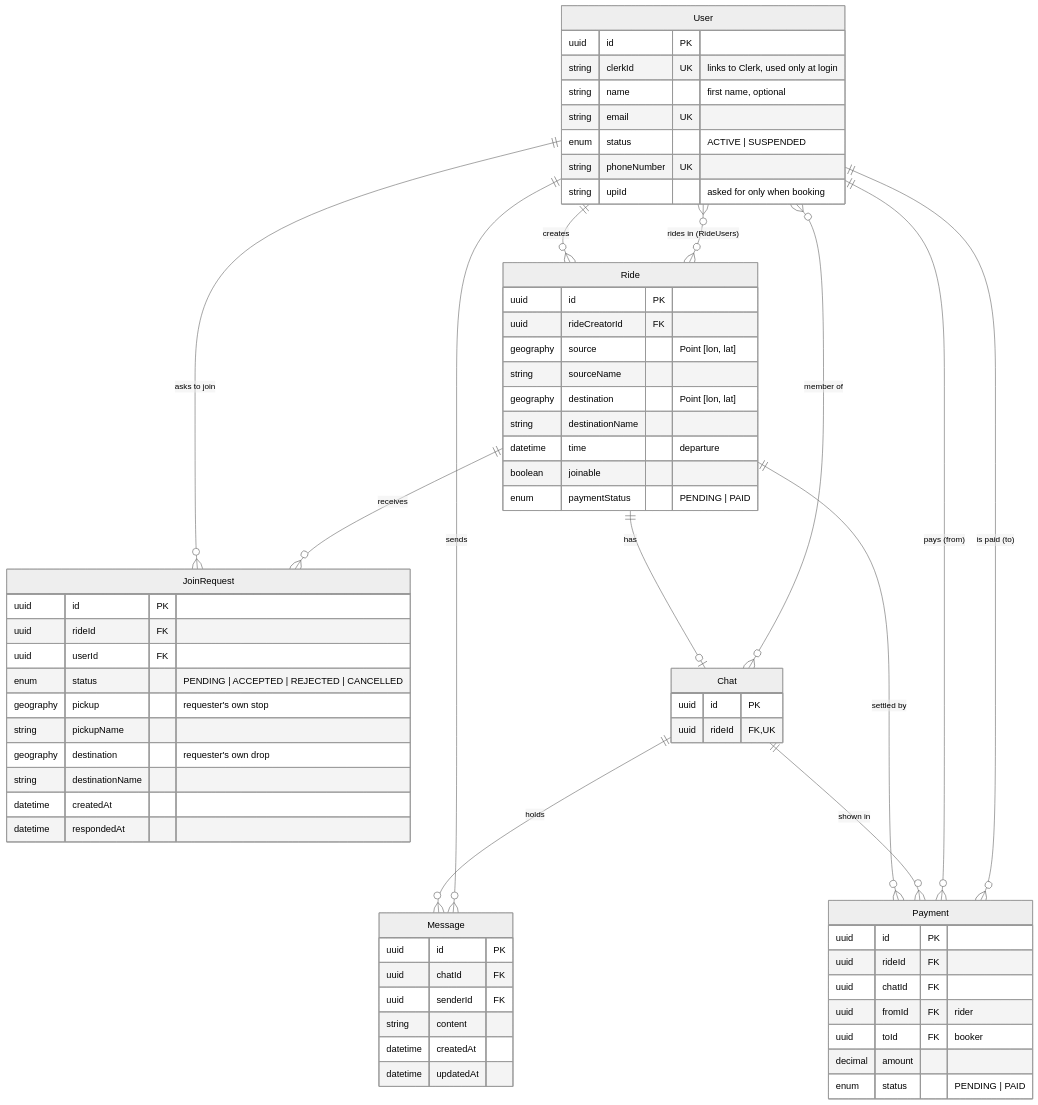
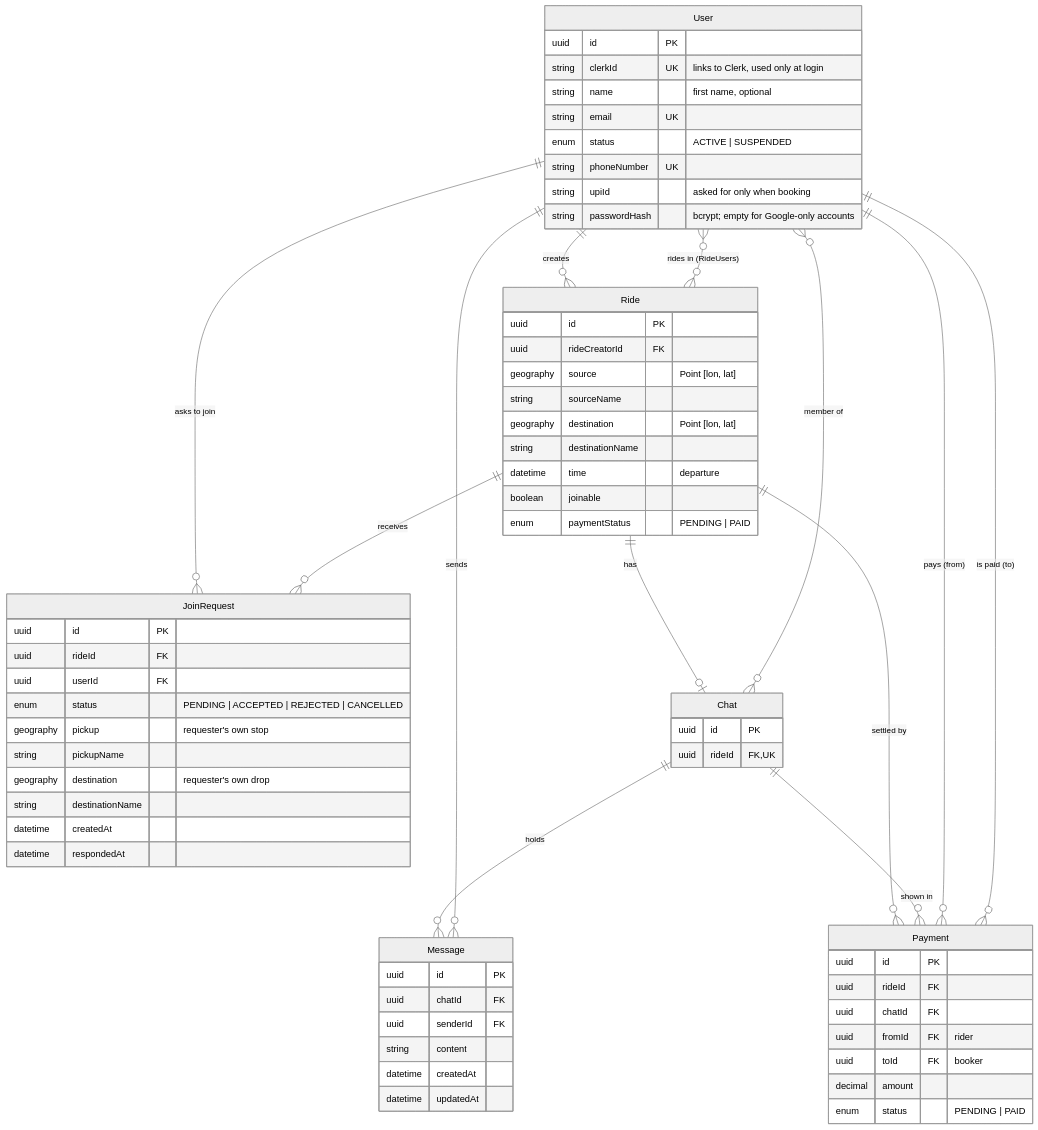
One commit to yatinsingh2007/HopShare changed diagram 14 of 14 in README.md. Above: the diagram before and after it, drawn with Mermaid (neutral theme). The commit also changed other lines of this file and 9 other files, not shown here.

````diff
--- a/README.md
+++ b/README.md
@@ -440,75 +478,76 @@
 ```mermaid
 erDiagram
     User ||--o{ Ride : "creates"
     User }o--o{ Ride : "rides in (RideUsers)"
     User ||--o{ JoinRequest : "asks to join"
     Ride ||--o{ JoinRequest : "receives"
     Ride ||--o| Chat : "has"
     User }o--o{ Chat : "member of"
     Chat ||--o{ Message : "holds"
     User ||--o{ Message : "sends"
     Ride ||--o{ Payment : "settled by"
     Chat ||--o{ Payment : "shown in"
     User ||--o{ Payment : "pays (from)"
     User ||--o{ Payment : "is paid (to)"
 
     User {
         uuid id PK
         string clerkId UK "links to Clerk, used only at login"
         string name "first name, optional"
         string email UK
         enum status "ACTIVE | SUSPENDED"
         string phoneNumber UK
         string upiId "asked for only when booking"
+        string passwordHash "bcrypt; empty for Google-only accounts"
     }
 
 
     Ride {
         uuid id PK
         uuid rideCreatorId FK
         geography source "Point [lon, lat]"
         string sourceName
         geography destination "Point [lon, lat]"
         string destinationName
         datetime time "departure"
         boolean joinable
         enum paymentStatus "PENDING | PAID"
     }
 
     JoinRequest {
         uuid id PK
         uuid rideId FK
         uuid userId FK
         enum status "PENDING | ACCEPTED | REJECTED | CANCELLED"
         geography pickup "requester's own stop"
         string pickupName
         geography destination "requester's own drop"
         string destinationName
         datetime createdAt
         datetime respondedAt
     }
 
     Chat {
         uuid id PK
         uuid rideId FK, UK
     }
 
     Message {
         uuid id PK
         uuid chatId FK
         uuid senderId FK
         string content
         datetime createdAt
         datetime updatedAt
     }
 
     Payment {
         uuid id PK
         uuid rideId FK
         uuid chatId FK
         uuid fromId FK "rider"
         uuid toId FK "booker"
         decimal amount
         enum status "PENDING | PAID"
     }
 ```
````
